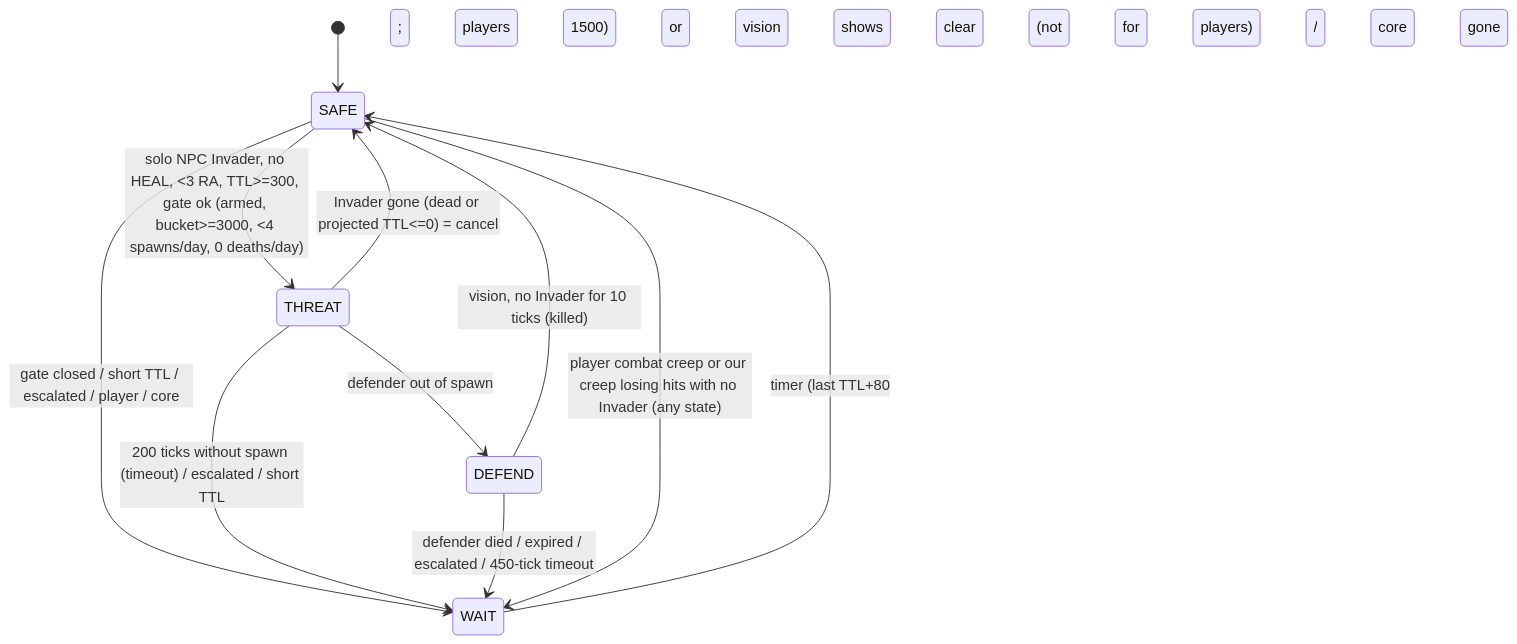
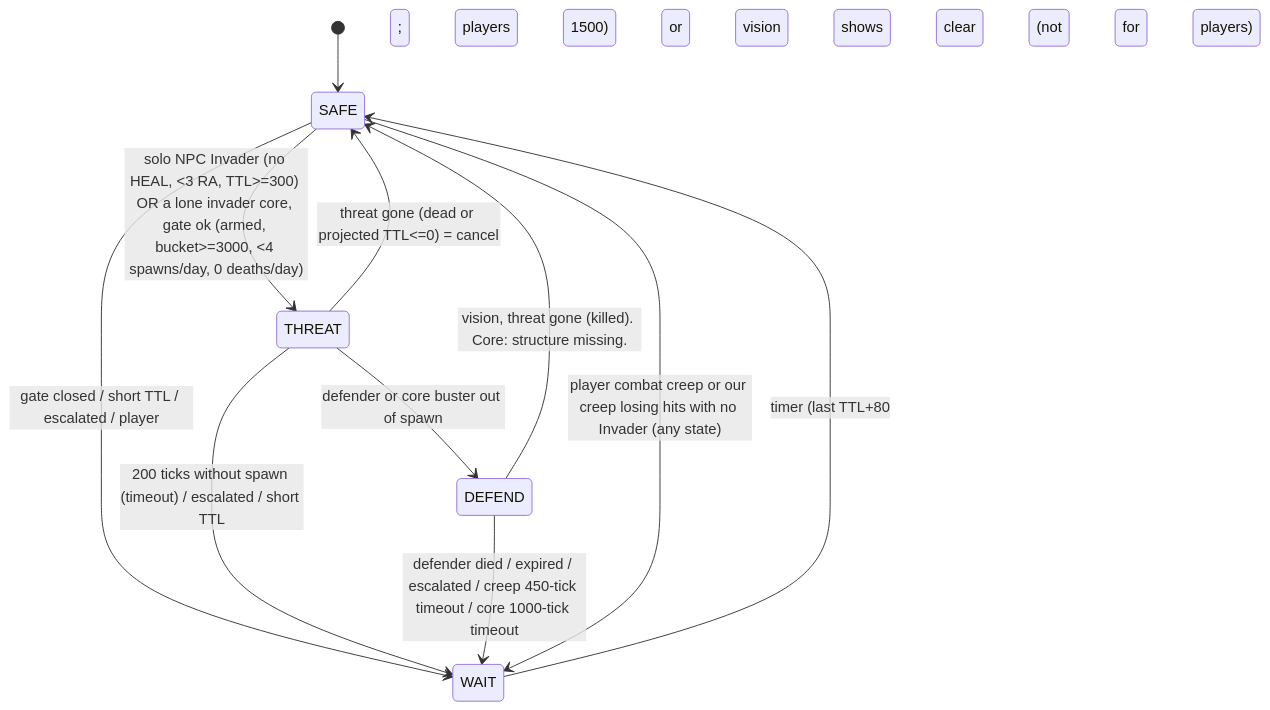
Before and after one commit to Misaki030112/screeps: the diagram in docs/DEFENDER.md, drawn with Mermaid. The commit also changed other lines of this file and 8 other files, not shown here.

First line of the commit message:
Spawn a melee buster when an invader core sits in a defended remote.

````diff
--- a/docs/DEFENDER.md
+++ b/docs/DEFENDER.md
@@ -79,13 +79,13 @@
 ```mermaid
 stateDiagram-v2
   [*] --> SAFE
-  SAFE --> THREAT: solo NPC Invader, no HEAL, <3 RA, TTL>=300, gate ok (armed, bucket>=3000, <4 spawns/day, 0 deaths/day)
-  SAFE --> WAIT: gate closed / short TTL / escalated / player / core
-  THREAT --> DEFEND: defender out of spawn
-  THREAT --> SAFE: Invader gone (dead or projected TTL<=0) = cancel
+  SAFE --> THREAT: solo NPC Invader (no HEAL, <3 RA, TTL>=300) OR a lone invader core, gate ok (armed, bucket>=3000, <4 spawns/day, 0 deaths/day)
+  SAFE --> WAIT: gate closed / short TTL / escalated / player
+  THREAT --> DEFEND: defender or core buster out of spawn
+  THREAT --> SAFE: threat gone (dead or projected TTL<=0) = cancel
   THREAT --> WAIT: 200 ticks without spawn (timeout) / escalated / short TTL
-  DEFEND --> SAFE: vision, no Invader for 10 ticks (killed)
-  DEFEND --> WAIT: defender died / expired / escalated / 450-tick timeout
-  WAIT --> SAFE: timer (last TTL+80; players 1500) or vision shows clear (not for players) / core gone
+  DEFEND --> SAFE: vision, threat gone (killed). Core: structure missing.
+  DEFEND --> WAIT: defender died / expired / escalated / creep 450-tick timeout / core 1000-tick timeout
+  WAIT --> SAFE: timer (last TTL+80; players 1500) or vision shows clear (not for players)
   SAFE --> WAIT: player combat creep or our creep losing hits with no Invader (any state)
 ```
````
